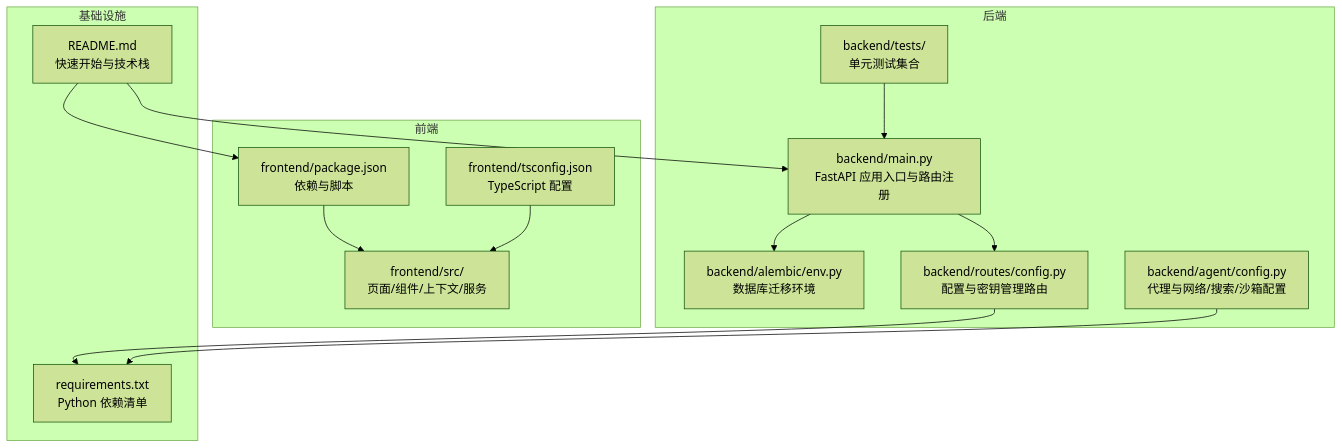
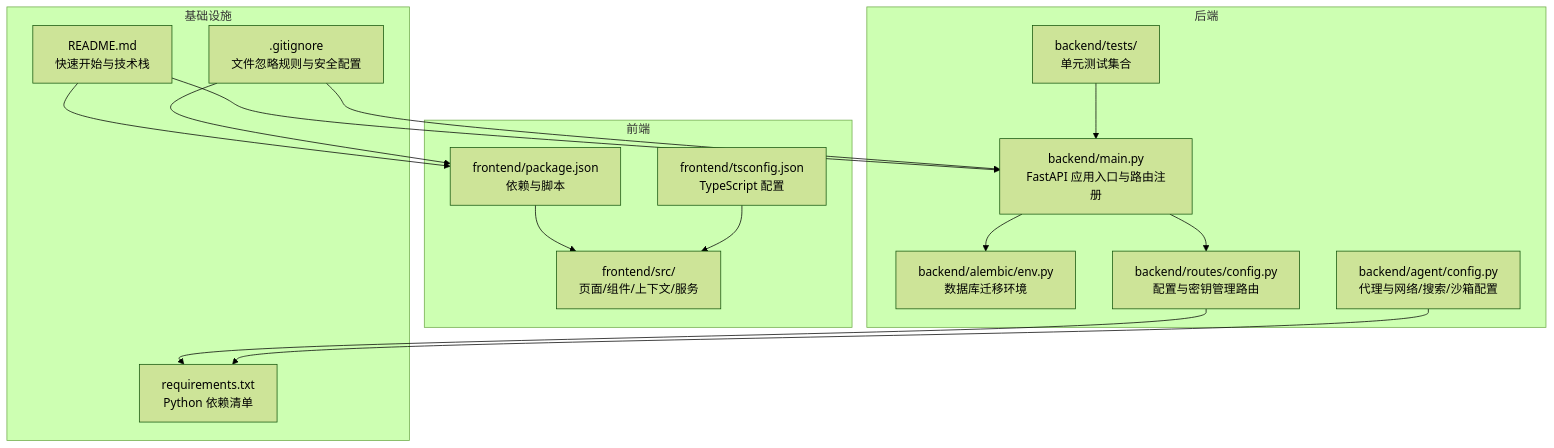
The first of 8 diagrams in .qoder/repowiki/zh/content/开发指南/开发指南.md (WyRainBow/Resume-Agent), drawn with Mermaid (forest theme) before and after one commit. The commit also changed other lines of this file and 1 other file, not shown here.

````diff
--- a/.qoder/repowiki/zh/content/开发指南/开发指南.md
+++ b/.qoder/repowiki/zh/content/开发指南/开发指南.md
@@ -36,28 +46,31 @@
 ```mermaid
 graph TB
 subgraph "前端"
 FE_PKG["frontend/package.json<br/>依赖与脚本"]
 FE_TS["frontend/tsconfig.json<br/>TypeScript 配置"]
 FE_SRC["frontend/src/<br/>页面/组件/上下文/服务"]
 end
 subgraph "后端"
 BE_MAIN["backend/main.py<br/>FastAPI 应用入口与路由注册"]
 BE_ALEMBIC["backend/alembic/env.py<br/>数据库迁移环境"]
 BE_CFG_ROUTE["backend/routes/config.py<br/>配置与密钥管理路由"]
 BE_AGENT_CFG["backend/agent/config.py<br/>代理与网络/搜索/沙箱配置"]
 BE_TESTS["backend/tests/<br/>单元测试集合"]
 end
 subgraph "基础设施"
 DOC_README["README.md<br/>快速开始与技术栈"]
 REQ_TXT["requirements.txt<br/>Python 依赖清单"]
+GITIGNORE[".gitignore<br/>文件忽略规则与安全配置"]
 end
 DOC_README --> FE_PKG
 DOC_README --> BE_MAIN
 FE_PKG --> FE_SRC
 FE_TS --> FE_SRC
 BE_MAIN --> BE_CFG_ROUTE
 BE_MAIN --> BE_ALEMBIC
 BE_CFG_ROUTE --> REQ_TXT
 BE_AGENT_CFG --> REQ_TXT
 BE_TESTS --> BE_MAIN
+GITIGNORE --> BE_MAIN
+GITIGNORE --> FE_PKG
 ```
````
